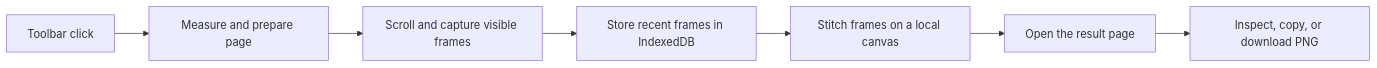
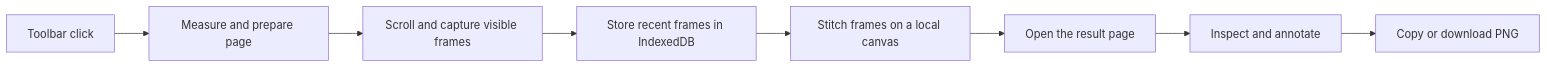
The diagram in README.md (montasim/1Snap), drawn with Mermaid before and after one commit. The commit also changed other lines of this file and 5 other files, not shown here.

````diff
--- a/README.md
+++ b/README.md
@@ -73,9 +76,10 @@
 ```mermaid
 flowchart LR
     A[Toolbar click] --> B[Measure and prepare page]
     B --> C[Scroll and capture visible frames]
     C --> D[Store recent frames in IndexedDB]
     D --> E[Stitch frames on a local canvas]
     E --> F[Open the result page]
-    F --> G[Inspect, copy, or download PNG]
+    F --> G[Inspect and annotate]
+    G --> H[Copy or download PNG]
 ```
````
